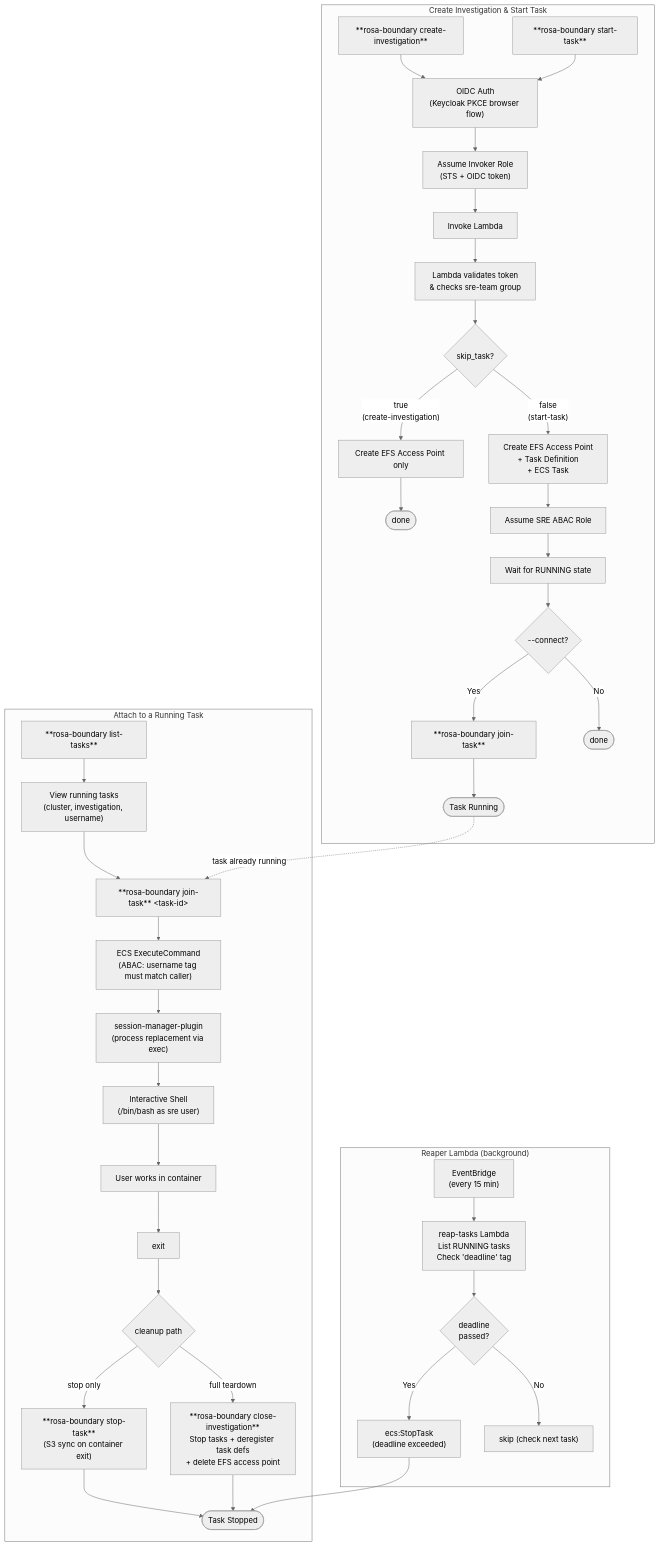
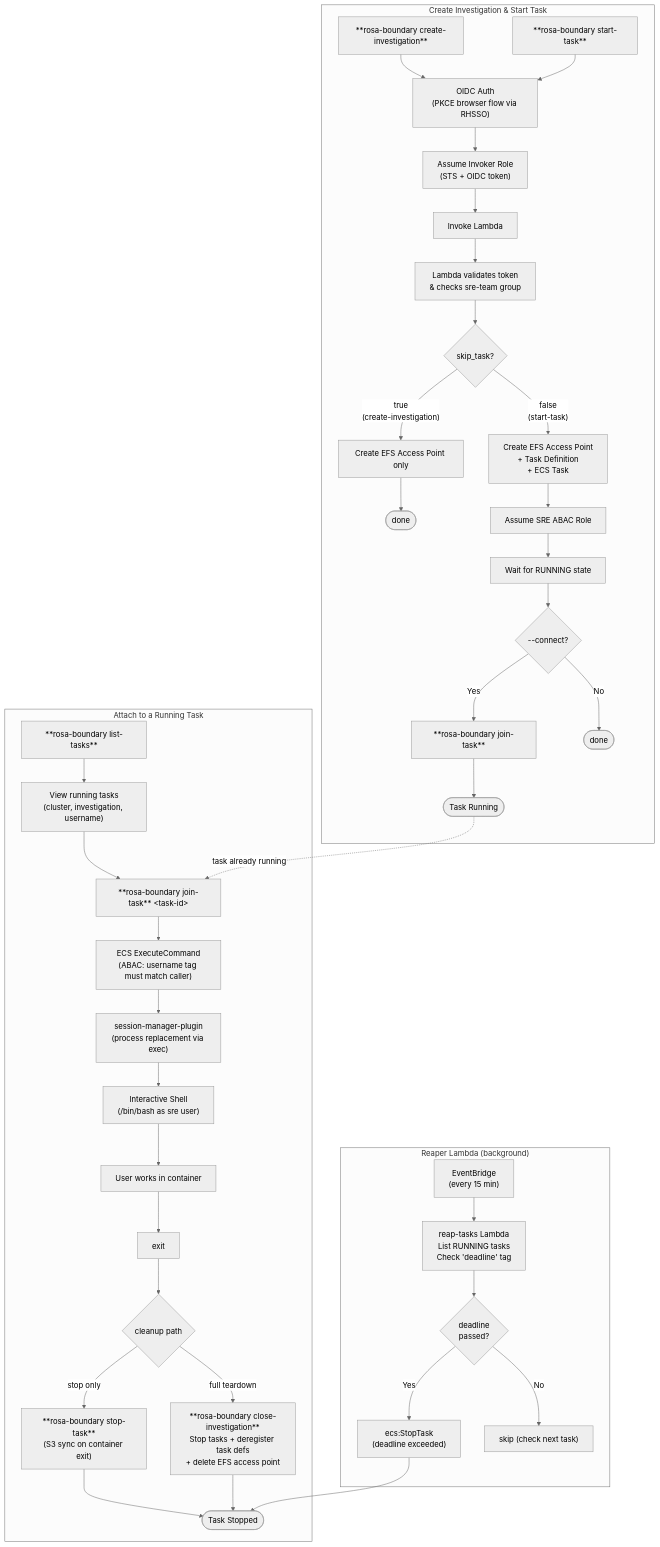
The diagram in docs/workflows.md (openshift-online/rosa-boundary), drawn with Mermaid (neutral theme) before and after one commit. The commit also changed other lines of this file and 39 other files, not shown here.

First line of the commit message:
refactor: replace Keycloak with Red Hat SSO (RHSSO) throughout

````diff
--- a/docs/workflows.md
+++ b/docs/workflows.md
@@ -5,59 +5,59 @@
 ```mermaid
 flowchart TD
     subgraph "Create Investigation & Start Task"
         CI["**rosa-boundary create-investigation**"]
         ST["**rosa-boundary start-task**"]
 
         CI --> AUTH
         ST --> AUTH
 
-        AUTH["OIDC Auth\n(Keycloak PKCE browser flow)"]
+        AUTH["OIDC Auth\n(PKCE browser flow via RHSSO)"]
         AUTH --> INVOKER["Assume Invoker Role\n(STS + OIDC token)"]
         INVOKER --> LAMBDA["Invoke Lambda"]
         LAMBDA --> VALIDATE["Lambda validates token\n& checks sre-team group"]
         VALIDATE --> SKIP{"skip_task?"}
 
         SKIP -->|"true\n(create-investigation)"| EFS_ONLY["Create EFS Access Point only"]
         SKIP -->|"false\n(start-task)"| EFS_TASK["Create EFS Access Point\n+ Task Definition\n+ ECS Task"]
 
         EFS_ONLY --> DONE1(["done"])
 
         EFS_TASK --> ABAC["Assume SRE ABAC Role"]
         ABAC --> WAIT["Wait for RUNNING state"]
         WAIT --> CONNECT{"--connect?"}
 
         CONNECT -->|"Yes"| JOIN["**rosa-boundary join-task**"]
         CONNECT -->|"No"| DONE2(["done"])
 
         JOIN --> RUNNING(["Task Running"])
     end
 
     subgraph "Attach to a Running Task"
         LT["**rosa-boundary list-tasks**"]
         LT --> VIEW["View running tasks\n(cluster, investigation, username)"]
         VIEW --> JT["**rosa-boundary join-task** &lt;task-id&gt;"]
         JT --> EXEC["ECS ExecuteCommand\n(ABAC: username tag must match caller)"]
         EXEC --> SMP["session-manager-plugin\n(process replacement via exec)"]
         SMP --> SHELL["Interactive Shell\n(/bin/bash as sre user)"]
         SHELL --> WORK["User works in container"]
         WORK --> EXIT["exit"]
 
         EXIT --> CLEANUP{"cleanup path"}
         CLEANUP -->|"stop only"| STOP["**rosa-boundary stop-task**\n(S3 sync on container exit)"]
         CLEANUP -->|"full teardown"| CLOSE["**rosa-boundary close-investigation**\nStop tasks + deregister task defs\n+ delete EFS access point"]
 
         STOP --> STOPPED(["Task Stopped"])
         CLOSE --> STOPPED
     end
 
     subgraph "Reaper Lambda (background)"
         EB["EventBridge\n(every 15 min)"]
         EB --> REAPER["reap-tasks Lambda\nList RUNNING tasks\nCheck 'deadline' tag"]
         REAPER --> EXPIRED{"deadline\npassed?"}
         EXPIRED -->|"Yes"| FORCE_STOP["ecs:StopTask\n(deadline exceeded)"]
         EXPIRED -->|"No"| SKIP_TASK["skip (check next task)"]
         FORCE_STOP --> STOPPED
     end
 
     RUNNING -.->|"task already running"| JT
 ```
````
